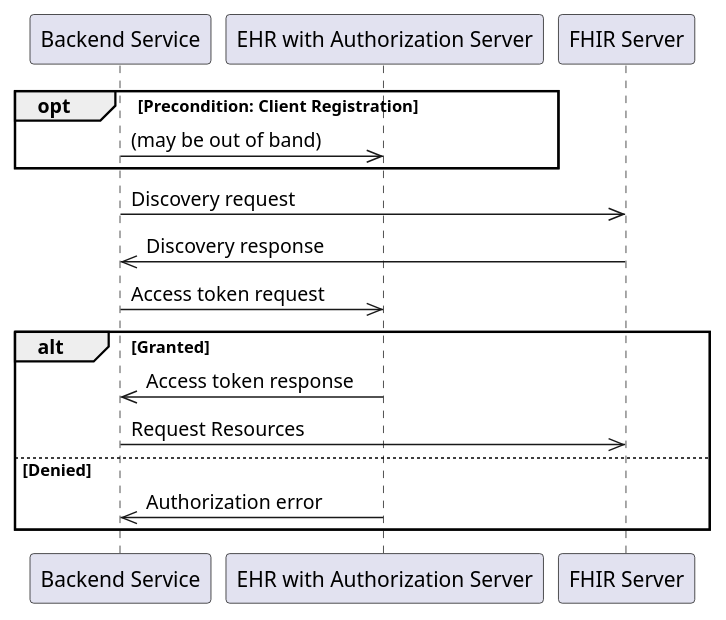
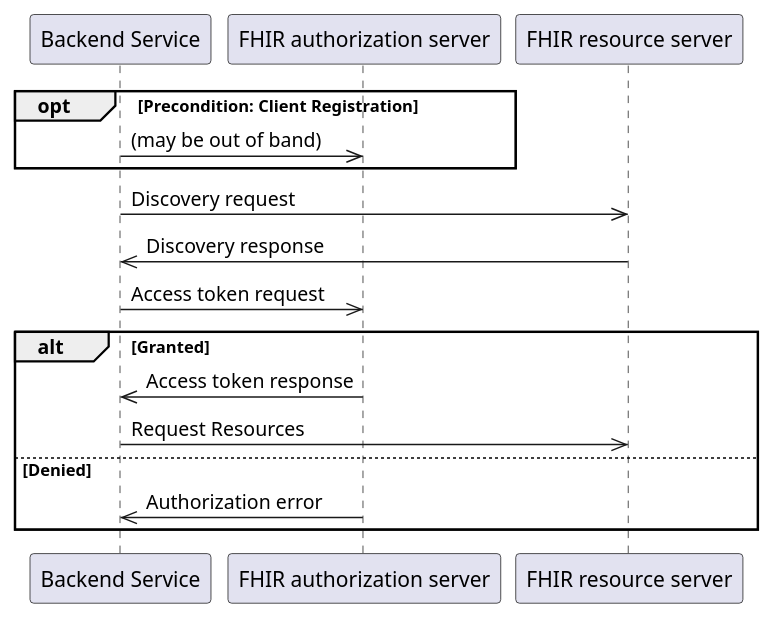
One commit to HL7/smart-app-launch changed the diagram in input/images-source/overview-backend-services.plantuml. Above: the diagram before and after it, drawn with PlantUML.

Commit message:
Update labels per FHIR-32328

```diff
--- a/input/images-source/overview-backend-services.plantuml
+++ b/input/images-source/overview-backend-services.plantuml
@@ -1,18 +1,18 @@
 @startuml
 participant App as "Backend Service"
-participant "EHR with Authorization Server" as EHR
-participant "FHIR Server" as FHIR
+participant "FHIR authorization server" as EHR
+participant "FHIR resource server" as FHIR
 
 opt  Precondition: Client Registration
     App ->> EHR: (may be out of band)
 end
 App ->> FHIR: Discovery request
 FHIR ->> App: Discovery response
 App ->> EHR: Access token request
 alt Granted
     EHR ->> App: Access token response
     App ->> FHIR: Request Resources
 else Denied
     EHR ->> App: Authorization error
 end
 @enduml
```
